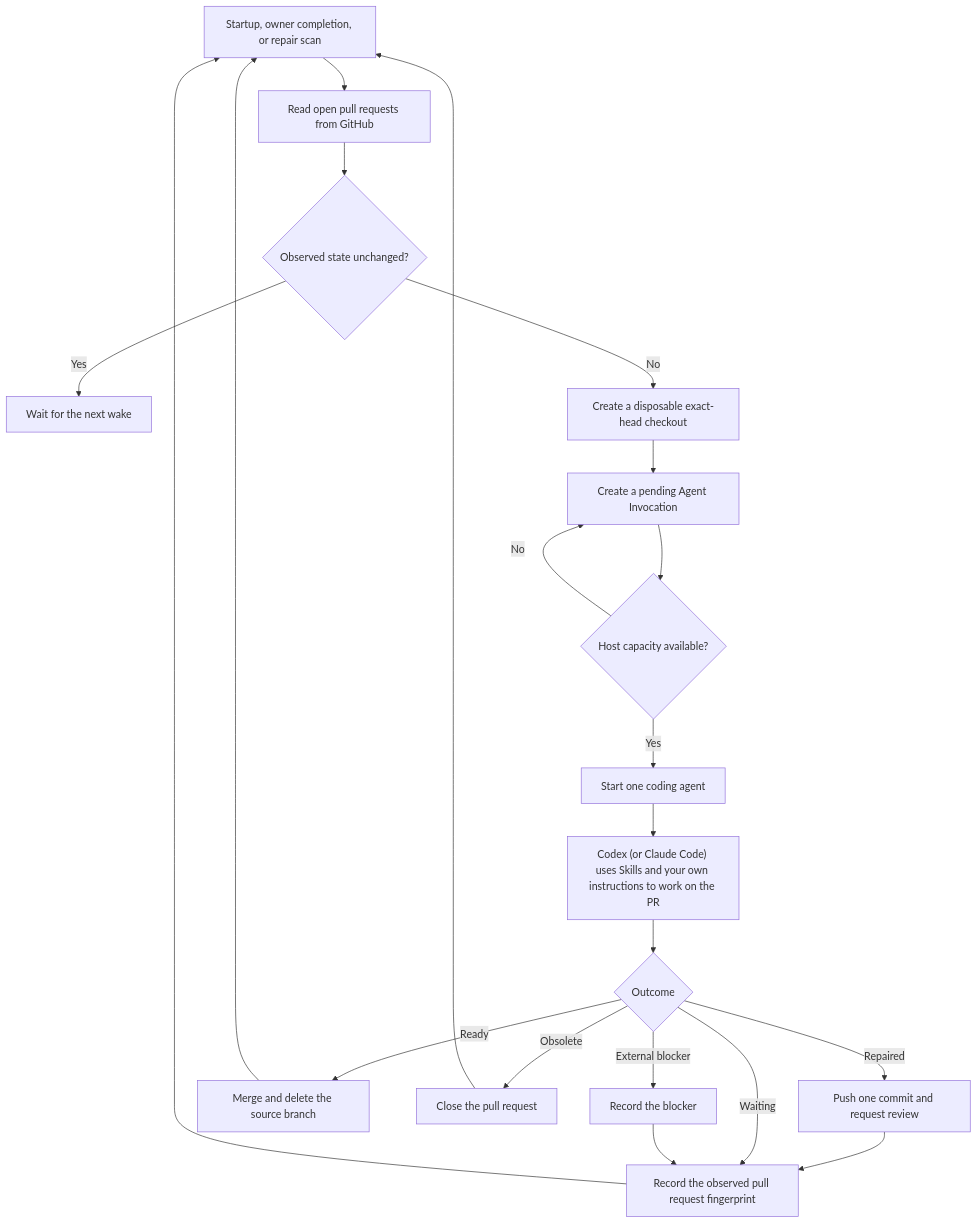
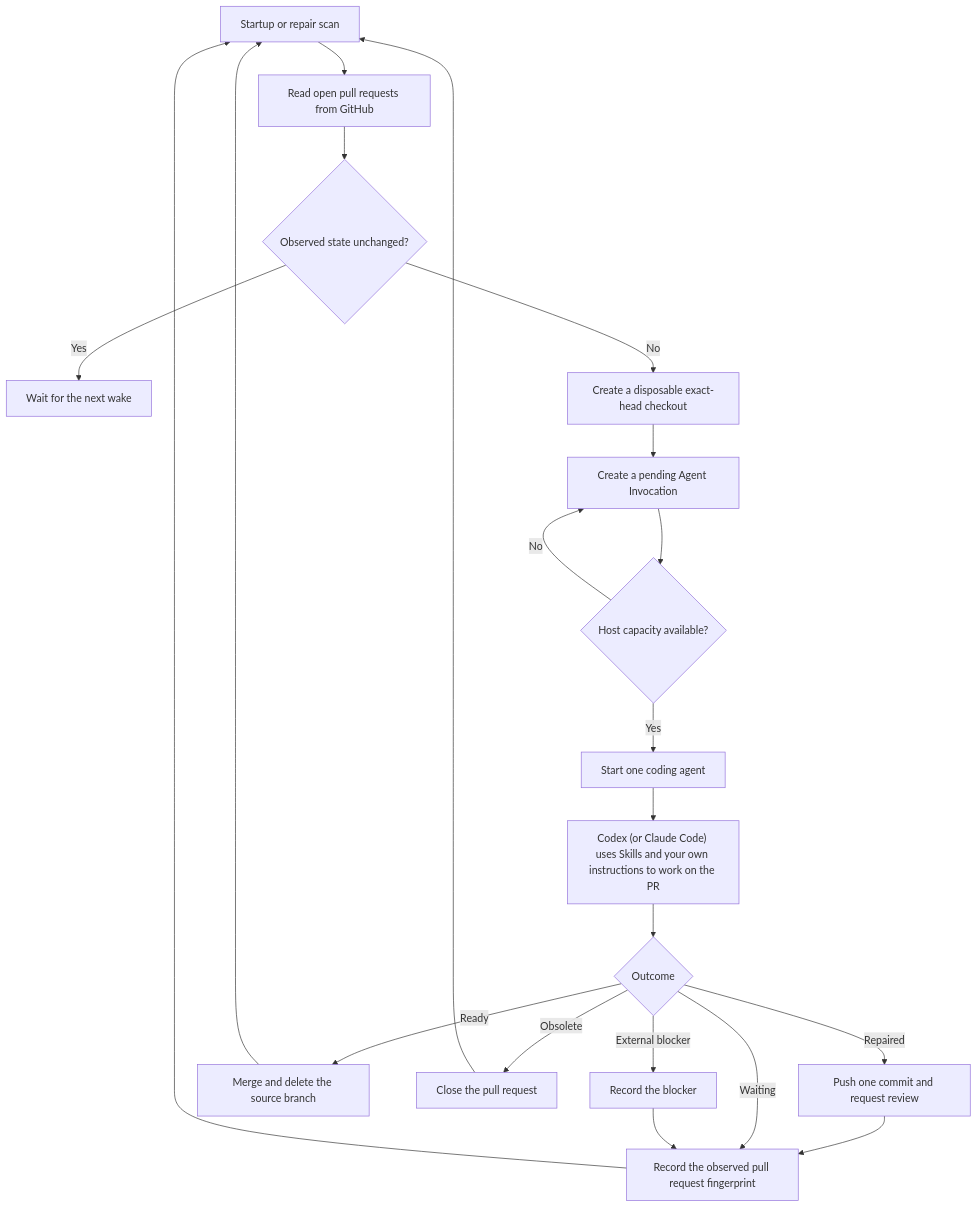
Before and after one commit to vite-hub/vitehub: the diagram in README.md, drawn with Mermaid. The commit also changed other lines of this file and 6 other files, not shown here.

````diff
--- a/README.md
+++ b/README.md
@@ -7,23 +7,23 @@
 ```mermaid
 flowchart TD
-    wake["Startup, owner completion, or repair scan"] --> discover["Read open pull requests from GitHub"]
+    wake["Startup or repair scan"] --> discover["Read open pull requests from GitHub"]
     discover --> unchanged{"Observed state unchanged?"}
     unchanged -- Yes --> wait["Wait for the next wake"]
     unchanged -- No --> checkout["Create a disposable exact-head checkout"]
     checkout --> pending["Create a pending Agent Invocation"]
     pending --> capacity{"Host capacity available?"}
     capacity -- No --> pending
     capacity -- Yes --> agent["Start one coding agent"]
     agent --> work["Codex (or Claude Code) uses Skills and your own instructions to work on the PR"]
     work --> outcome{"Outcome"}
     outcome -- Repaired --> review["Push one commit and request review"]
     review --> park["Record the observed pull request fingerprint"]
     outcome -- Waiting --> park
     outcome -- Ready --> merge["Merge and delete the source branch"]
     outcome -- Obsolete --> close["Close the pull request"]
     outcome -- External blocker --> block["Record the blocker"]
     block --> park
     park --> wake
     merge --> wake
     close --> wake
 ```
````
